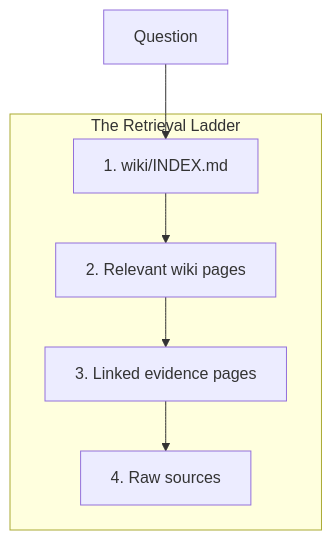
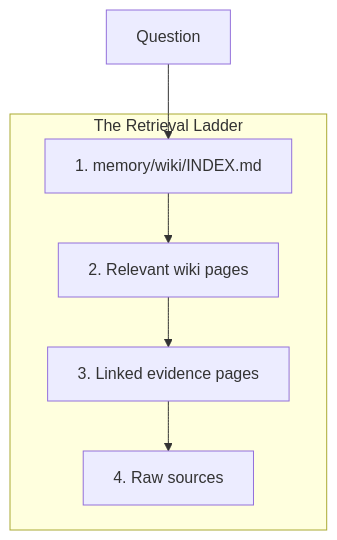
One commit to latentarts/memoid changed the fourth of 6 diagrams in README.md. Above: the diagram before and after it, drawn with Mermaid. The commit also changed other lines of this file and 32 other files, not shown here.

Commit message:
refactor: consolidate all user data (wiki, agents, raw, evidence) into a single 'memory/' directory

````diff
--- a/README.md
+++ b/README.md
@@ -188,14 +183,14 @@
 ```mermaid
 graph TD
-    Q[Question] --> Index[1. wiki/INDEX.md]
+    Q[Question] --> Index[1. memory/wiki/INDEX.md]
     Index --> Wiki[2. Relevant wiki pages]
     Wiki --> Evidence[3. Linked evidence pages]
     Evidence --> Raw[4. Raw sources]
     
     subgraph "The Retrieval Ladder"
     Index
     Wiki
     Evidence
     Raw
     end
 ```
````
